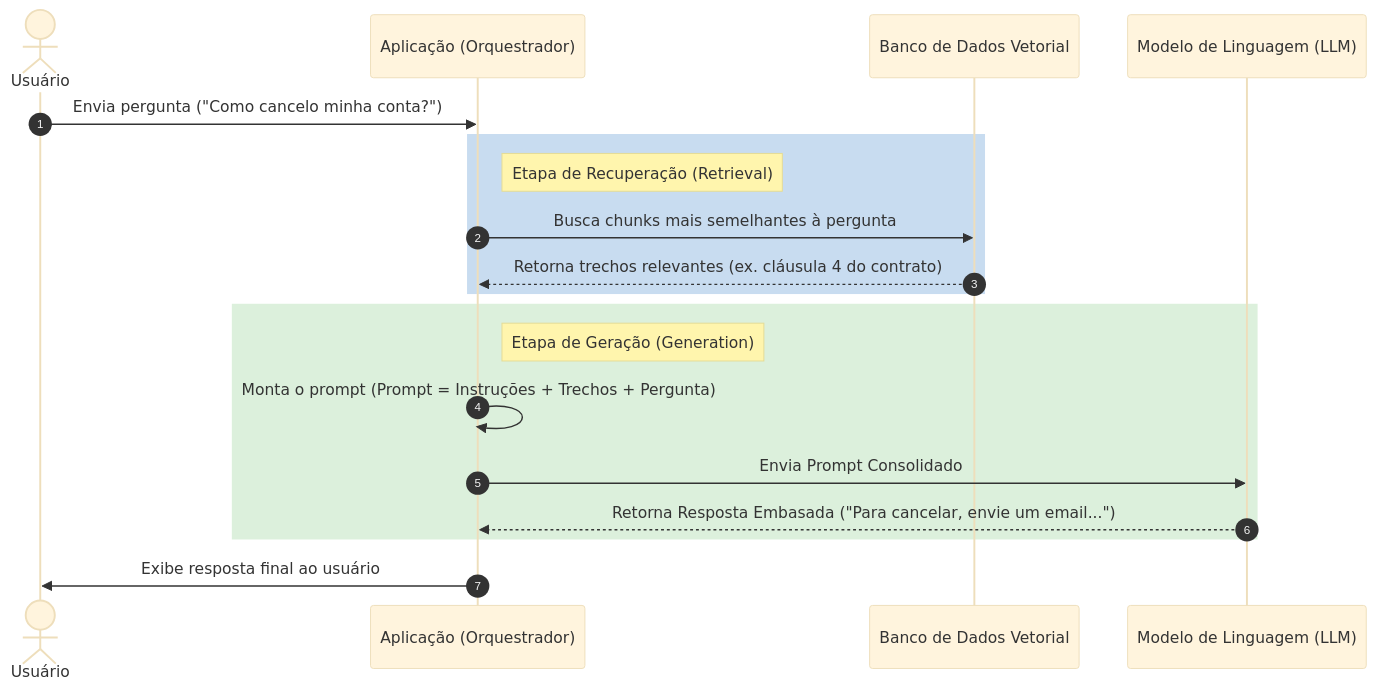
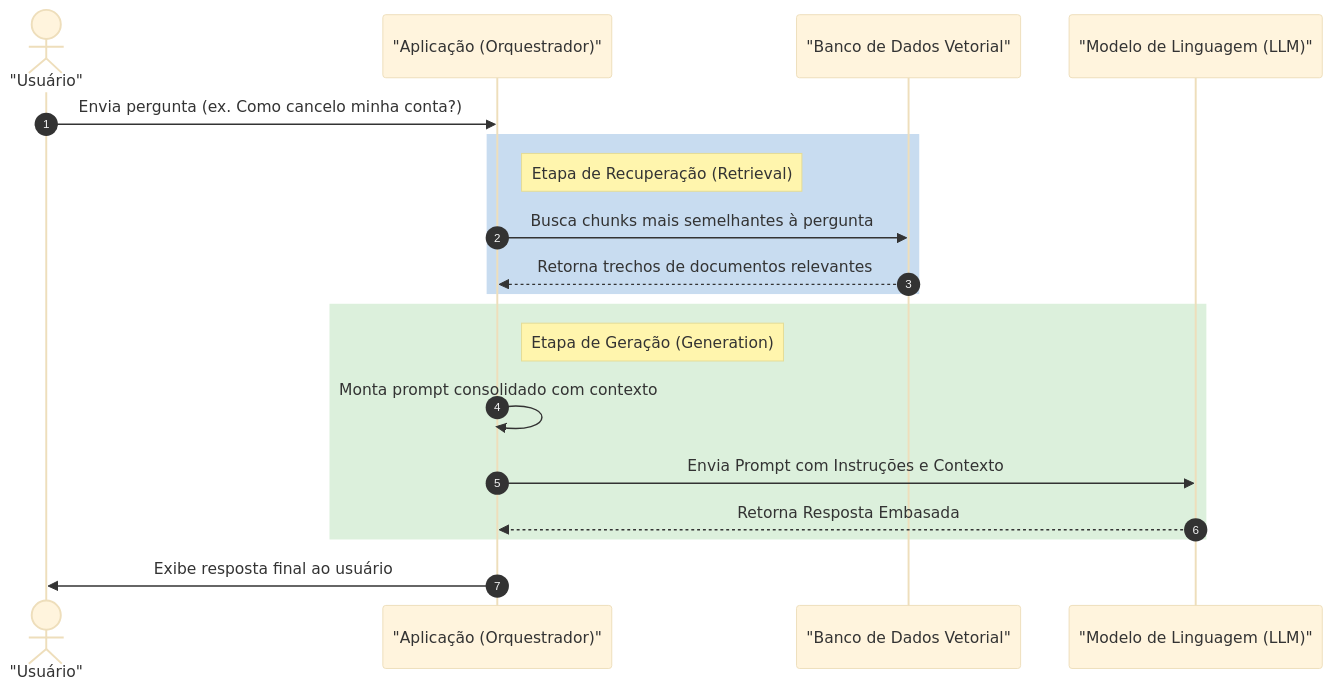
The diagram in ai-development/02-retrieval-augmented-generation/01-rag-fundamentals.md (gsantosc18/so-resta-estudar), drawn with Mermaid (base theme) before and after one commit. The commit also changed 6 other files, not shown here.

Commit message:
style: standardize Mermaid diagram node labels and streamline sequence descriptions across documentation files

````diff
--- a/ai-development/02-retrieval-augmented-generation/01-rag-fundamentals.md
+++ b/ai-development/02-retrieval-augmented-generation/01-rag-fundamentals.md
@@ -27,22 +27,22 @@
 ```mermaid
 sequenceDiagram
     autonumber
-    actor User as Usuário
-    participant App as Aplicação (Orquestrador)
-    participant DB as Banco de Dados Vetorial
-    participant LLM as Modelo de Linguagem (LLM)
+    actor User as "Usuário"
+    participant App as "Aplicação (Orquestrador)"
+    participant DB as "Banco de Dados Vetorial"
+    participant LLM as "Modelo de Linguagem (LLM)"
 
-    User->>App: Envia pergunta ("Como cancelo minha conta?")
+    User->>App: Envia pergunta (ex. Como cancelo minha conta?)
     rect rgb(200, 220, 240)
         note right of App: Etapa de Recuperação (Retrieval)
         App->>DB: Busca chunks mais semelhantes à pergunta
-        DB-->>App: Retorna trechos relevantes (ex. cláusula 4 do contrato)
+        DB-->>App: Retorna trechos de documentos relevantes
     end
     rect rgb(220, 240, 220)
         note right of App: Etapa de Geração (Generation)
-        App->>App: Monta o prompt (Prompt = Instruções + Trechos + Pergunta)
-        App->>LLM: Envia Prompt Consolidado
-        LLM-->>App: Retorna Resposta Embasada ("Para cancelar, envie um email...")
+        App->>App: Monta prompt consolidado com contexto
+        App->>LLM: Envia Prompt com Instruções e Contexto
+        LLM-->>App: Retorna Resposta Embasada
     end
     App->>User: Exibe resposta final ao usuário
 ```
````
